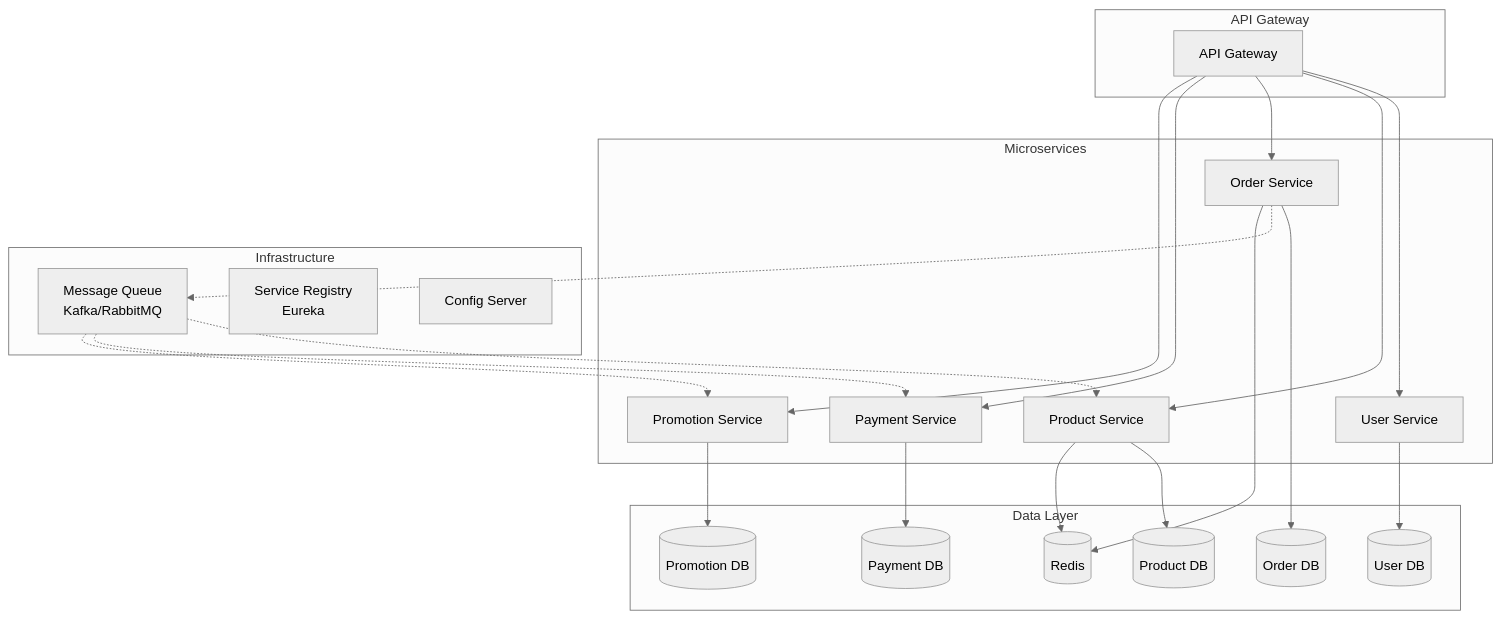
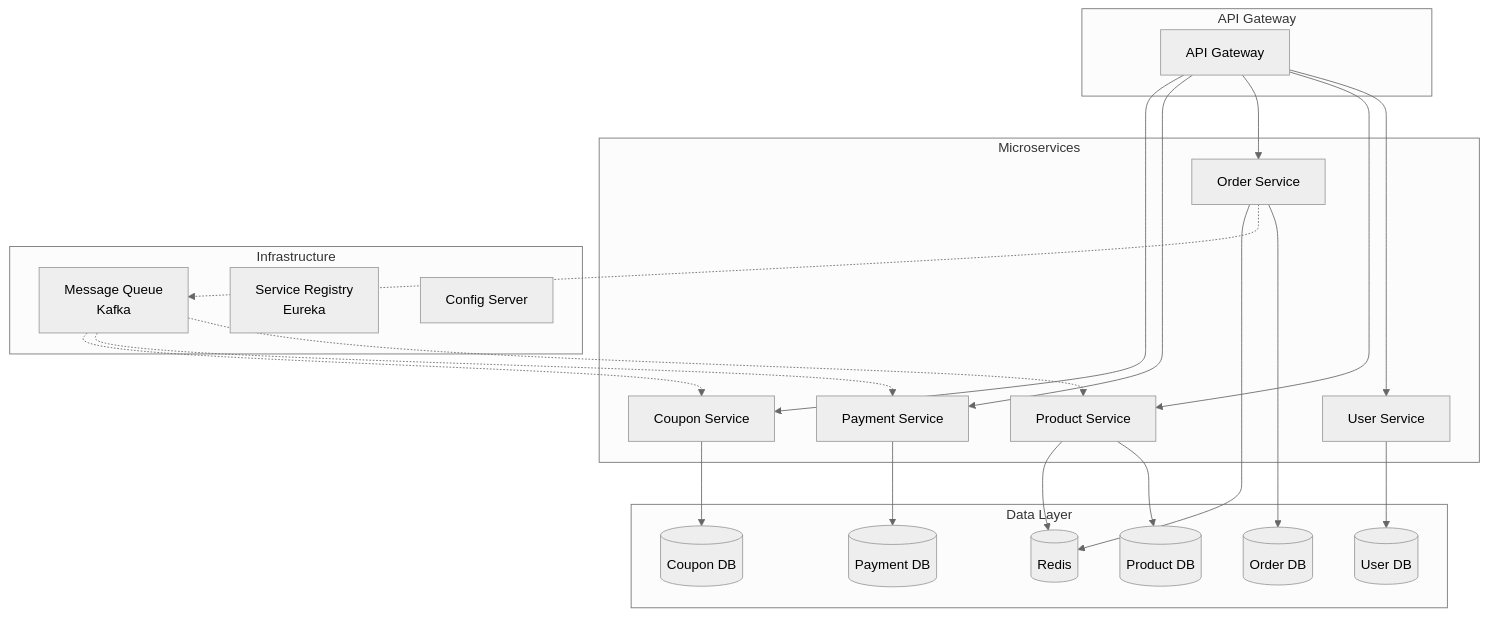
Before and after one commit to jih3508/hanghea_plus_backend_8th: the first of 4 diagrams in 8week/docs/report/MSA 아키텍처 보고서.md, drawn with Mermaid (neutral theme). The commit also changed other lines of this file and 1 other file, not shown here.

````diff
--- a/8week/docs/report/MSA 아키텍처 보고서.md
+++ b/8week/docs/report/MSA 아키텍처 보고서.md
@@ -146,49 +146,49 @@
 ```mermaid
 graph TB
     subgraph "API Gateway"
         GW[API Gateway]
     end
     
     subgraph "Microservices"
         US[User Service]
         PS[Product Service]
         OS[Order Service]
         PMS[Payment Service]
-        PRS[Promotion Service]
+        PRS[Coupon Service]
     end
     
     subgraph "Infrastructure"
-        MQ[Message Queue<br/>Kafka/RabbitMQ]
+        MQ[Message Queue<br/>Kafka]
         SC[Service Registry<br/>Eureka]
         CF[Config Server]
     end
     
     subgraph "Data Layer"
         UDB[(User DB)]
         PDB[(Product DB)]
         ODB[(Order DB)]
         PMDB[(Payment DB)]
-        PRDB[(Promotion DB)]
+        PRDB[(Coupon DB)]
         RD[(Redis)]
     end
     
     GW --> US
     GW --> PS
     GW --> OS
     GW --> PMS
     GW --> PRS
     
     US --> UDB
     PS --> PDB
     OS --> ODB
     PMS --> PMDB
     PRS --> PRDB
     
     OS -.-> MQ
     MQ -.-> PS
     MQ -.-> PMS
     MQ -.-> PRS
     
     PS --> RD
     OS --> RD
 ```
````
